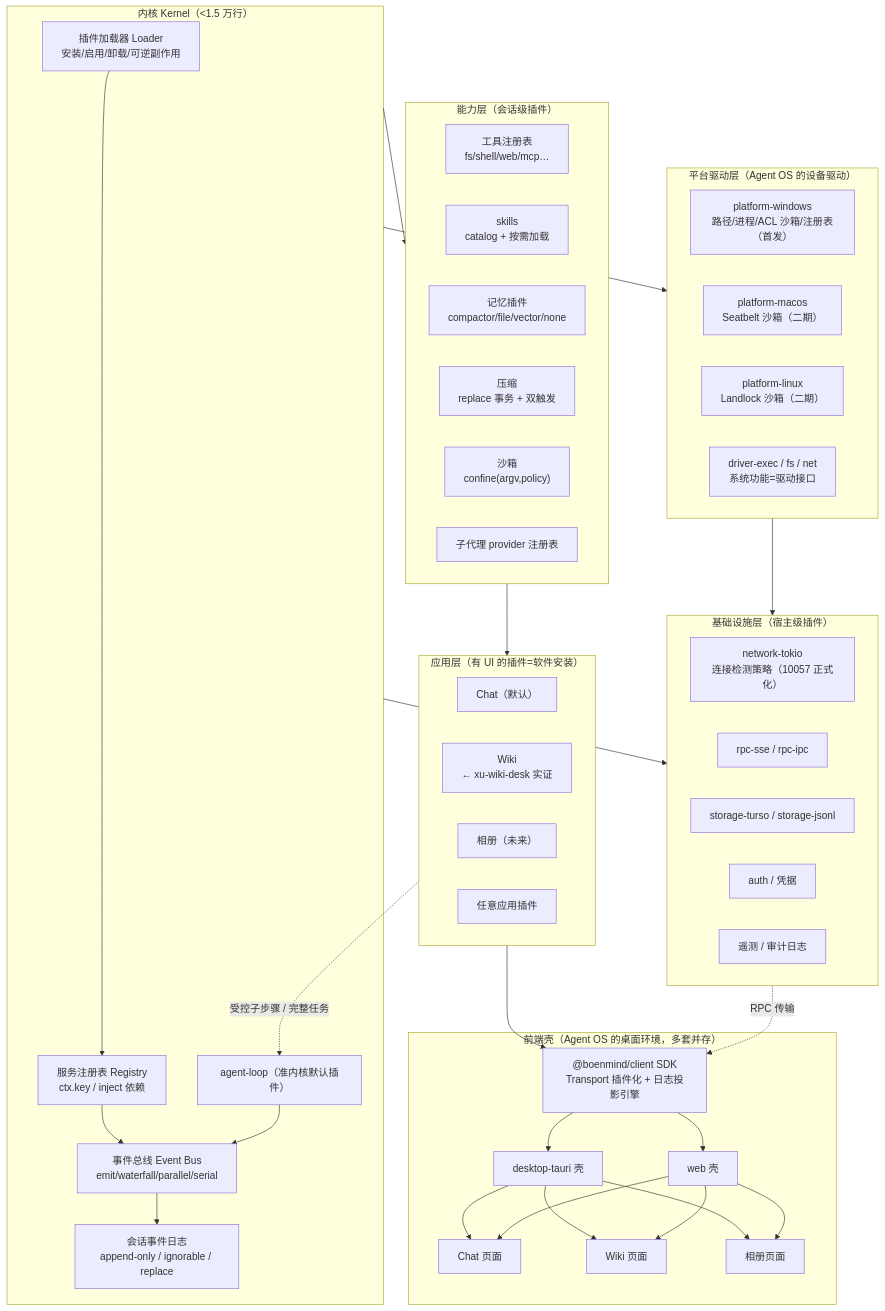
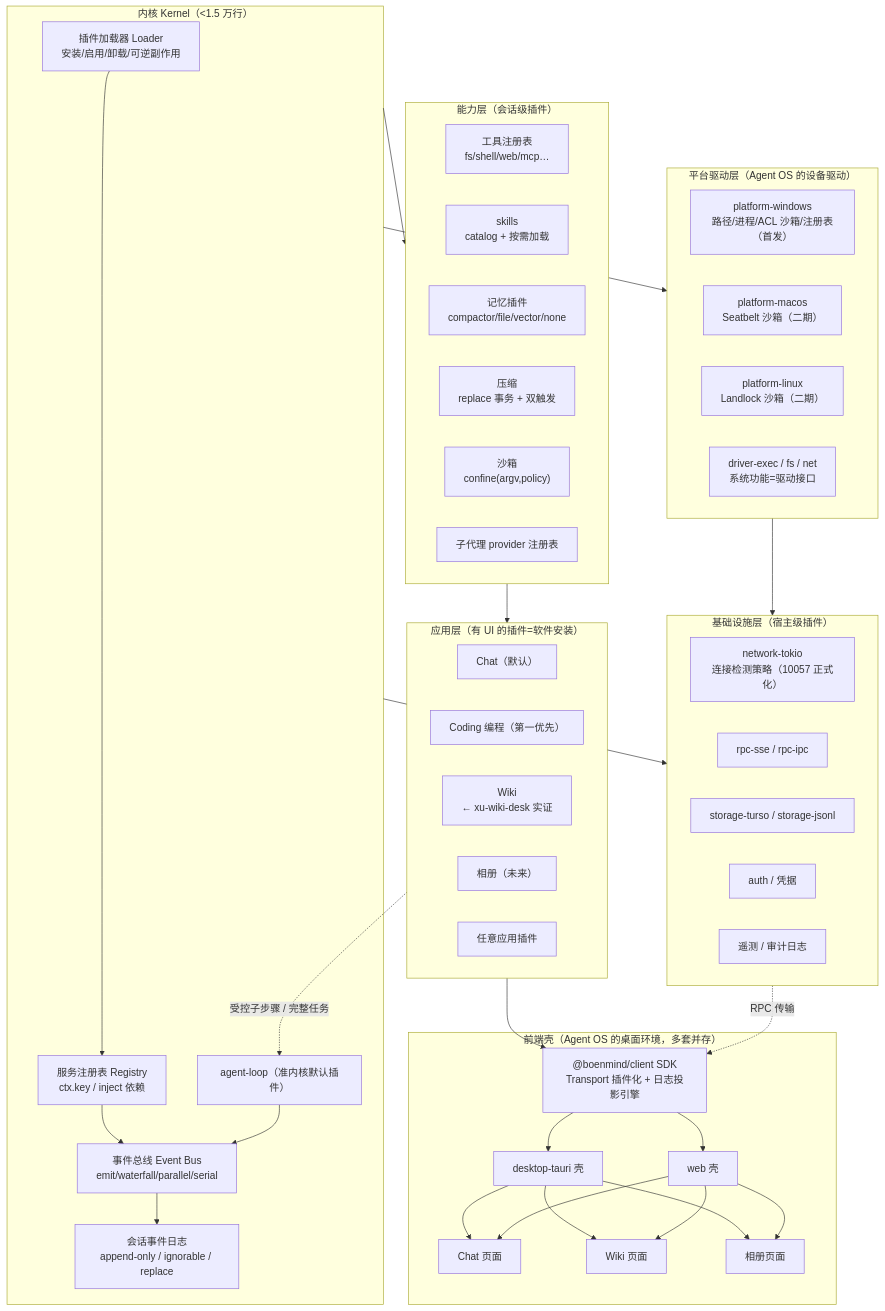
Before and after one commit to SadBoen/BoenMind: the diagram in docs/everything-is-plugin-architecture.md, drawn with Mermaid. The commit also changed other lines of this file and 1 other file, not shown here.

Commit message:
docs(architecture): v0.10 架构师 skill 全量回看（9 点审计修复 6 处不一致）+ 核心实现方案（最小内核 T0-T13：bm-protocol 契约 crate/bm-kernel/事件日志 turso 落库）

````diff
--- a/docs/everything-is-plugin-architecture.md
+++ b/docs/everything-is-plugin-architecture.md
@@ -184,64 +185,65 @@
 ```mermaid
 graph TD
     subgraph Kernel["内核 Kernel（<1.5 万行）"]
         L["插件加载器 Loader<br/>安装/启用/卸载/可逆副作用"]
         S["服务注册表 Registry<br/>ctx.key / inject 依赖"]
         E["事件总线 Event Bus<br/>emit/waterfall/parallel/serial"]
         LOG["会话事件日志<br/>append-only / ignorable / replace"]
         LOOP["agent-loop（准内核默认插件）"]
         L --> S --> E --> LOG
         LOOP --> E
     end
 
     subgraph Drivers["平台驱动层（Agent OS 的设备驱动）"]
         PW["platform-windows<br/>路径/进程/ACL 沙箱/注册表（首发）"]
         PM["platform-macos<br/>Seatbelt 沙箱（二期）"]
         PL["platform-linux<br/>Landlock 沙箱（二期）"]
         DE["driver-exec / fs / net<br/>系统功能=驱动接口"]
     end
 
     subgraph Infra["基础设施层（宿主级插件）"]
         NET["network-tokio<br/>连接检测策略（10057 正式化）"]
         RPC["rpc-sse / rpc-ipc"]
         STORAGE["storage-turso / storage-jsonl"]
         AUTH["auth / 凭据"]
         TELE["遥测 / 审计日志"]
     end
 
     subgraph Capability["能力层（会话级插件）"]
         TOOLS["工具注册表<br/>fs/shell/web/mcp…"]
         SKILLS["skills<br/>catalog + 按需加载"]
         MEM["记忆插件<br/>compactor/file/vector/none"]
         COMPACT["压缩<br/>replace 事务 + 双触发"]
         SANDBOX["沙箱<br/>confine(argv,policy)"]
         SUB["子代理 provider 注册表"]
     end
 
     subgraph Apps["应用层（有 UI 的插件=软件安装）"]
         CHAT["Chat（默认）"]
+        CODE["Coding 编程（第一优先）"]
         WIKI["Wiki<br/>← xu-wiki-desk 实证"]
         ALBUM["相册（未来）"]
         ANY["任意应用插件"]
     end
 
     subgraph Front["前端壳（Agent OS 的桌面环境，多套并存）"]
         SDK["@boenmind/client SDK<br/>Transport 插件化 + 日志投影引擎"]
         DE1["desktop-tauri 壳"]
         DE2["web 壳"]
         UI1["Chat 页面"] 
         UI2["Wiki 页面"]
         UI3["相册页面"]
     end
 
     Kernel --> Drivers
     Drivers --> Infra
     Kernel --> Infra
     Kernel --> Capability
     Capability --> Apps
     Apps --> SDK
     SDK --> DE1 & DE2
     DE1 --> UI1 & UI2 & UI3
     DE2 --> UI1 & UI2 & UI3
     Apps -. "受控子步骤 / 完整任务" .-> LOOP
     Infra -. "RPC 传输" .-> SDK
 ```
````
